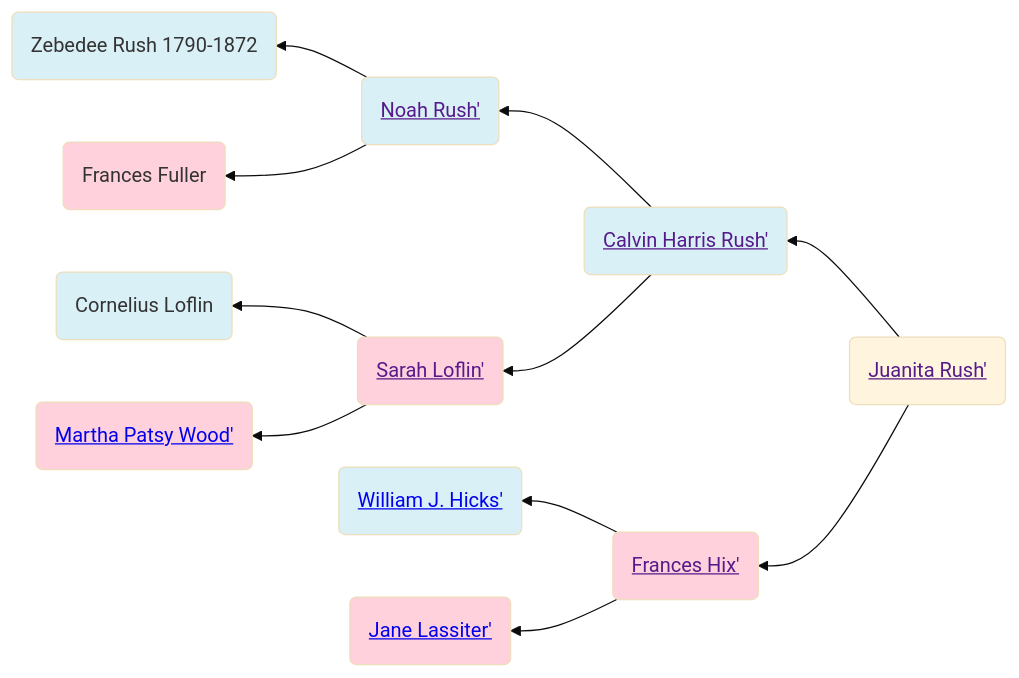
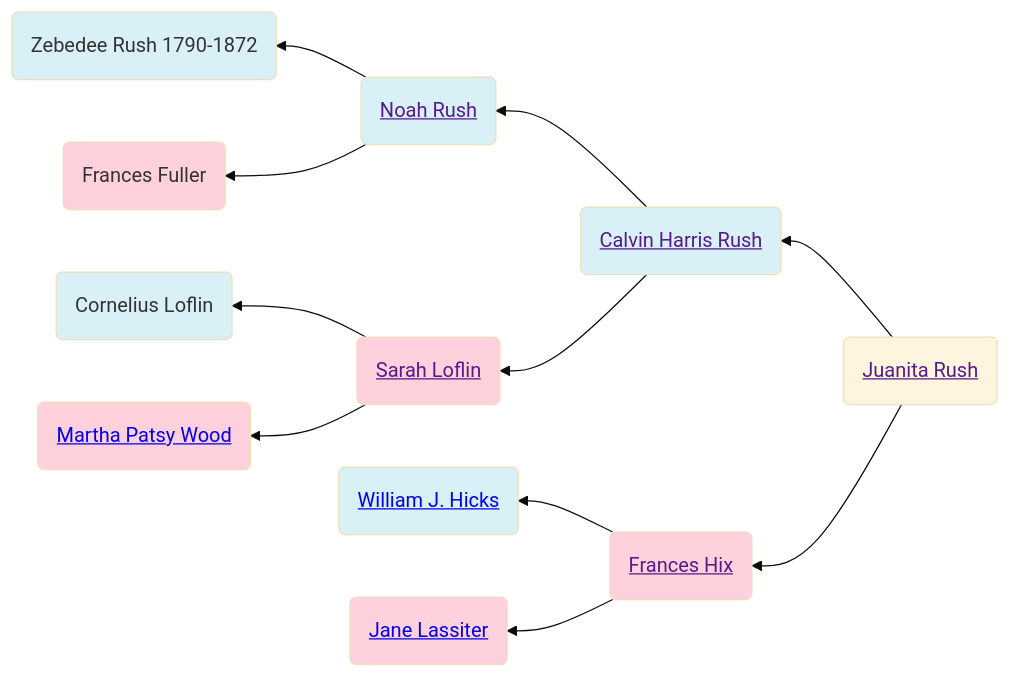
The diagram in familyhistory/sources/people/Rush-line/Juanita_Rush.qmd (neelsmith/avocational), drawn with Mermaid (base theme) before and after one commit. The commit also changed 96 other files, not shown here.

````diff
--- a/familyhistory/sources/people/Rush-line/Juanita_Rush.qmd
+++ b/familyhistory/sources/people/Rush-line/Juanita_Rush.qmd
@@ -19,28 +19,28 @@
 ```{mermaid}
 graph RL
 %% RL ancestor diagram
-Juanita_Rush(<a href=''>Juanita Rush'</>) -->  Calvin_Harris_Rush(<a href='./Calvin_Harris_Rush.html'>Calvin Harris Rush'</>)
-Calvin_Harris_Rush(<a href=''>Calvin Harris Rush'</>) -->  Noah_Rush(<a href='./Noah_Rush.html'>Noah Rush'</>)
-Noah_Rush(<a href=''>Noah Rush'</>) -->  Zebedee_Rush_1790-1872(Zebedee Rush 1790-1872)
+Juanita_Rush(<a href=''>Juanita Rush</a>) -->  Calvin_Harris_Rush(<a href='./Calvin_Harris_Rush.html'>Calvin Harris Rush</a>)
+Calvin_Harris_Rush(<a href=''>Calvin Harris Rush</a>) -->  Noah_Rush(<a href='./Noah_Rush.html'>Noah Rush</a>)
+Noah_Rush(<a href=''>Noah Rush</a>) -->  Zebedee_Rush_1790-1872(Zebedee Rush 1790-1872)
 class Zebedee_Rush_1790-1872 father
-Noah_Rush(<a href=''>Noah Rush'</>)  --> Frances_Fuller(Frances Fuller)
+Noah_Rush(<a href=''>Noah Rush</a>)  --> Frances_Fuller(Frances Fuller)
 class Frances_Fuller mother
 class Noah_Rush father
-Calvin_Harris_Rush(<a href=''>Calvin Harris Rush'</>)  --> Sarah_Loflin(<a href='./../Randolph_county_lines/Loflin/Sarah_Loflin.html'>Sarah Loflin'</>)
-Sarah_Loflin(<a href=''>Sarah Loflin'</>) -->  Cornelius_Loflin(Cornelius Loflin)
+Calvin_Harris_Rush(<a href=''>Calvin Harris Rush</a>)  --> Sarah_Loflin(<a href='./../Randolph_county_lines/Loflin/Sarah_Loflin.html'>Sarah Loflin</a>)
+Sarah_Loflin(<a href=''>Sarah Loflin</a>) -->  Cornelius_Loflin(Cornelius Loflin)
 class Cornelius_Loflin father
-Sarah_Loflin(<a href=''>Sarah Loflin'</>)  --> Martha_Patsy_Wood(<a href='./../Martha_Patsy_Wood.html'>Martha Patsy Wood'</>)
+Sarah_Loflin(<a href=''>Sarah Loflin</a>)  --> Martha_Patsy_Wood(<a href='./../Martha_Patsy_Wood.html'>Martha Patsy Wood</a>)
 class Martha_Patsy_Wood mother
 class Sarah_Loflin mother
 class Calvin_Harris_Rush father
-Juanita_Rush(<a href=''>Juanita Rush'</>)  --> Frances_Hix(<a href='./../Randolph_county_lines/Hicks/Frances_Hix.html'>Frances Hix'</>)
-Frances_Hix(<a href=''>Frances Hix'</>) -->  William_J._Hicks(<a href='./William_J._Hicks.html'>William J. Hicks'</>)
+Juanita_Rush(<a href=''>Juanita Rush</a>)  --> Frances_Hix(<a href='./../Randolph_county_lines/Hicks/Frances_Hix.html'>Frances Hix</a>)
+Frances_Hix(<a href=''>Frances Hix</a>) -->  William_J._Hicks(<a href='./William_J._Hicks.html'>William J. Hicks</a>)
 class William_J._Hicks father
-Frances_Hix(<a href=''>Frances Hix'</>)  --> Jane_Lassiter(<a href='./../Lassiter/Jane_Lassiter.html'>Jane Lassiter'</>)
+Frances_Hix(<a href=''>Frances Hix</a>)  --> Jane_Lassiter(<a href='./../Lassiter/Jane_Lassiter.html'>Jane Lassiter</a>)
 class Jane_Lassiter mother
 class Frances_Hix mother
 classDef mother fill:#ffd1dc
 classDef father fill:#daf0f7  
 classDef marriage fill:#ffffff
 
 ```
````
